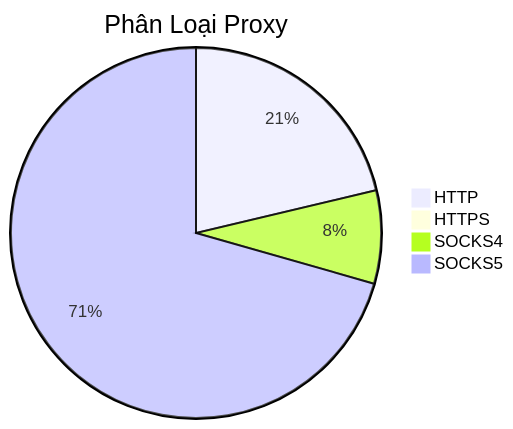
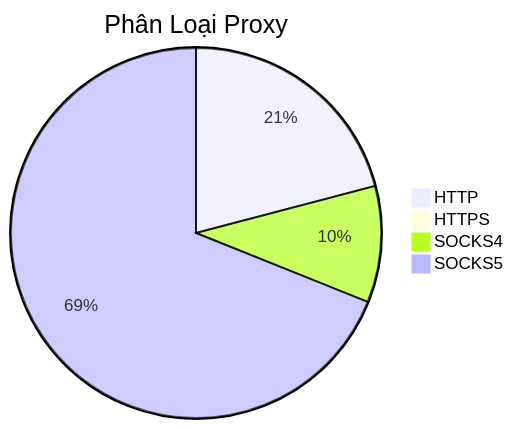
The diagram in README.md (Ciara-Aa/PROXY-free), drawn with Mermaid before and after one commit. The commit also changed other lines of this file and 3 other files, not shown here.

````diff
--- a/README.md
+++ b/README.md
@@ -26,7 +26,7 @@
 ```mermaid
 pie title Phân Loại Proxy
-    "HTTP" : 746
+    "HTTP" : 481
     "HTTPS" : 2
-    "SOCKS4" : 285
-    "SOCKS5" : 2474
+    "SOCKS4" : 234
+    "SOCKS5" : 1586
 ```
````
